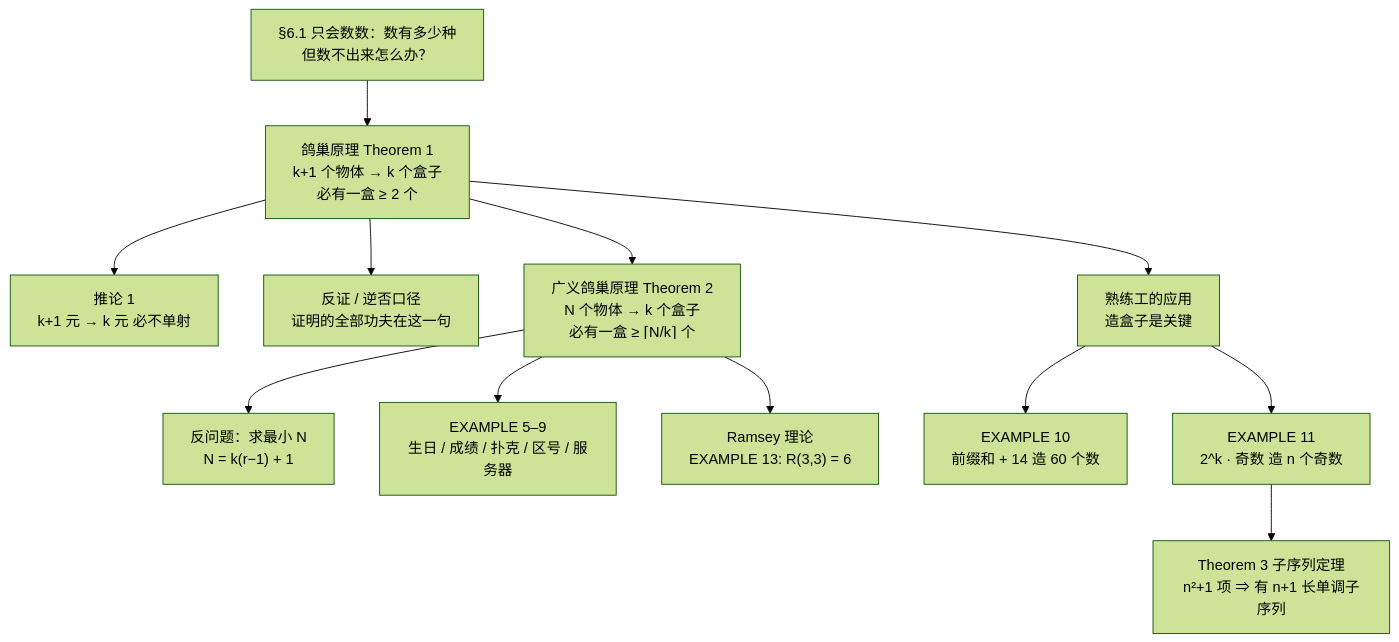
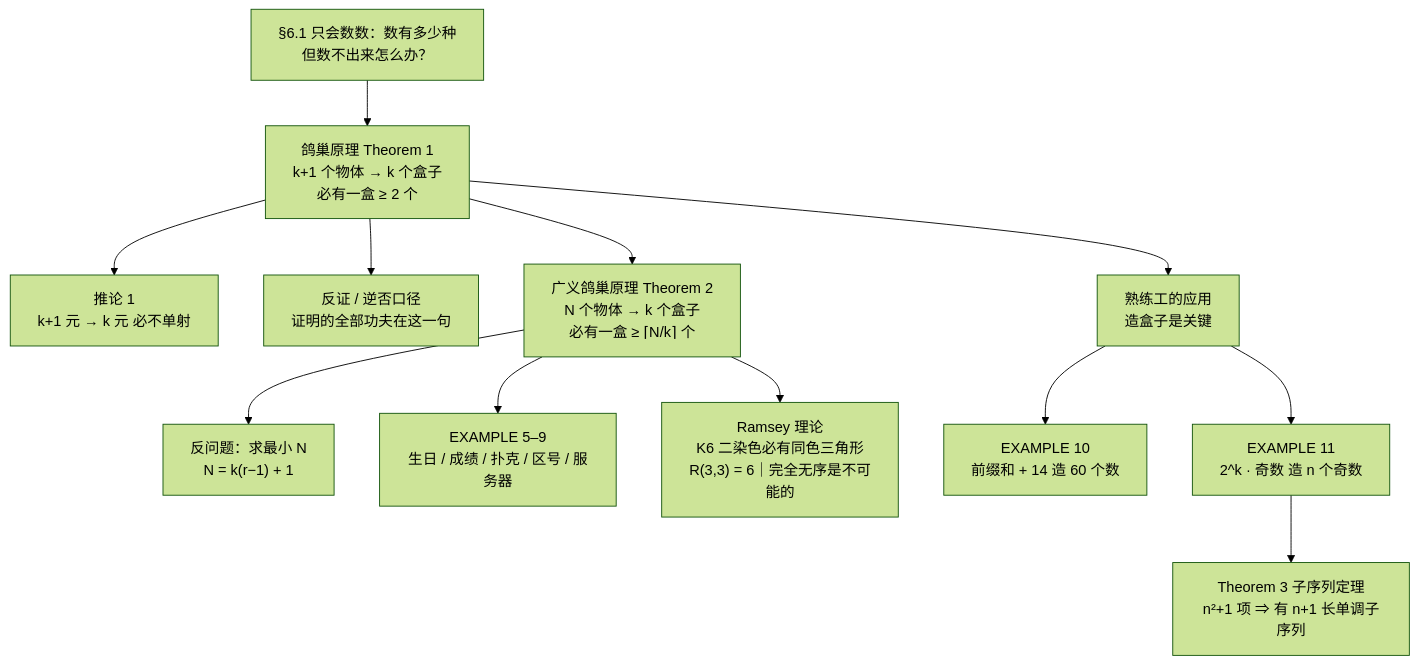
One commit to KayeAdams515/ClaudeNotes changed the diagram in 离散数学/C6.2 鸽巢原理 The Pigeonhole Principle.md. Above: the diagram before and after it, drawn with Mermaid (forest theme). The commit also changed other lines of this file and 777 other files, not shown here.

````diff
--- a/离散数学/C6.2 鸽巢原理 The Pigeonhole Principle.md
+++ b/离散数学/C6.2 鸽巢原理 The Pigeonhole Principle.md
@@ -35,14 +36,14 @@
 ```mermaid
 graph TD
     A["§6.1 只会数数：数有多少种<br/>但数不出来怎么办？"] --> B["鸽巢原理 Theorem 1<br/>k+1 个物体 → k 个盒子<br/>必有一盒 ≥ 2 个"]
     B --> B1["推论 1<br/>k+1 元 → k 元 必不单射"]
     B --> B2["反证 / 逆否口径<br/>证明的全部功夫在这一句"]
     B --> C["广义鸽巢原理 Theorem 2<br/>N 个物体 → k 个盒子<br/>必有一盒 ≥ ⌈N/k⌉ 个"]
     C --> C1["反问题：求最小 N<br/>N = k(r−1) + 1"]
     C --> C2["EXAMPLE 5–9<br/>生日 / 成绩 / 扑克 / 区号 / 服务器"]
     B --> D["熟练工的应用<br/>造盒子是关键"]
     D --> D1["EXAMPLE 10<br/>前缀和 + 14 造 60 个数"]
     D --> D2["EXAMPLE 11<br/>2^k · 奇数 造 n 个奇数"]
     D2 --> E["Theorem 3 子序列定理<br/>n²+1 项 ⇒ 有 n+1 长单调子序列"]
-    C --> F["Ramsey 理论<br/>EXAMPLE 13: R(3,3) = 6"]
+    C --> F["Ramsey 理论<br/>K6 二染色必有同色三角形<br/>R(3,3) = 6｜完全无序是不可能的"]
 ```
````
